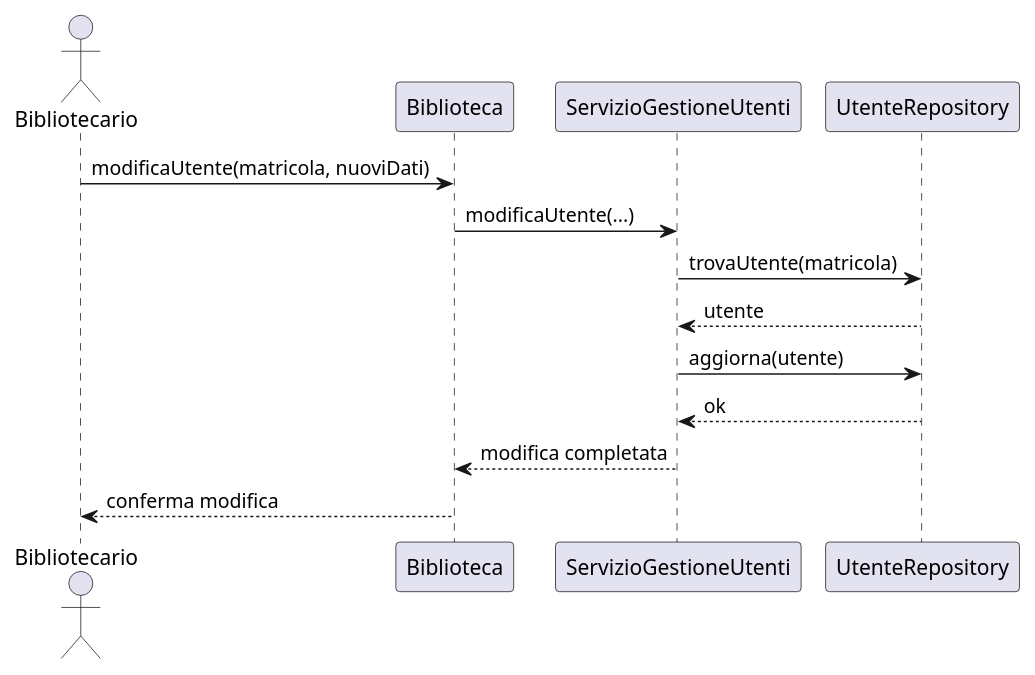
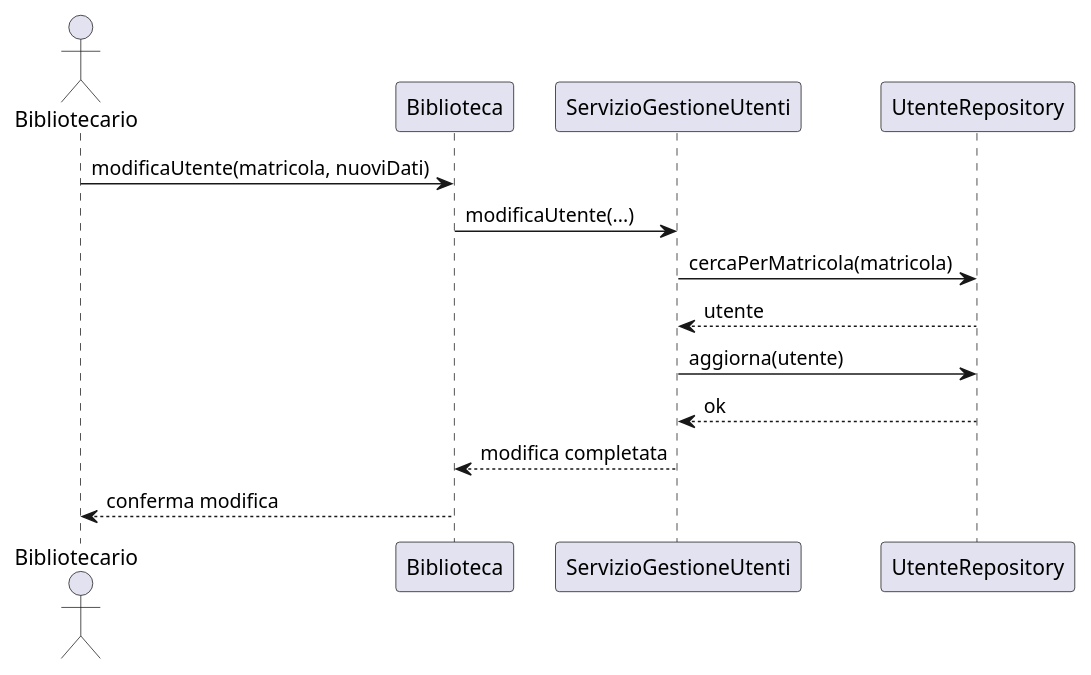
Before and after one commit to FreeWisp/BibliotecaIDS: the diagram in Consegne/diagrammiSequenza/modificautente.puml, drawn with PlantUML. The commit also changed 4 other files, not shown here.

```diff
--- a/Consegne/diagrammiSequenza/modificautente.puml
+++ b/Consegne/diagrammiSequenza/modificautente.puml
@@ -1,15 +1,15 @@
 @startuml
 actor Bibliotecario as OP
 participant Biblioteca as B
 participant ServizioGestioneUtenti as S
 participant UtenteRepository as R
 
 OP -> B : modificaUtente(matricola, nuoviDati)
 B -> S : modificaUtente(...)
-S -> R : trovaUtente(matricola)
+S -> R : cercaPerMatricola(matricola)
 R --> S : utente
 S -> R : aggiorna(utente)
 R --> S : ok
 S --> B : modifica completata
 B --> OP : conferma modifica
 @enduml
```
